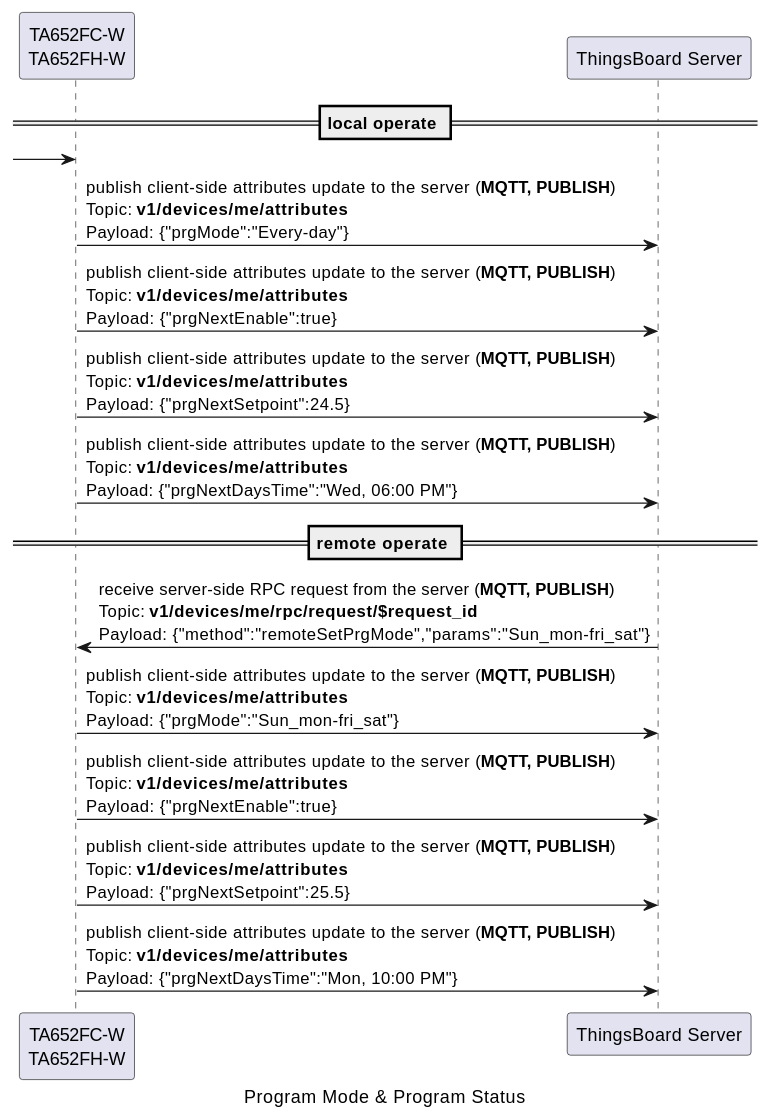
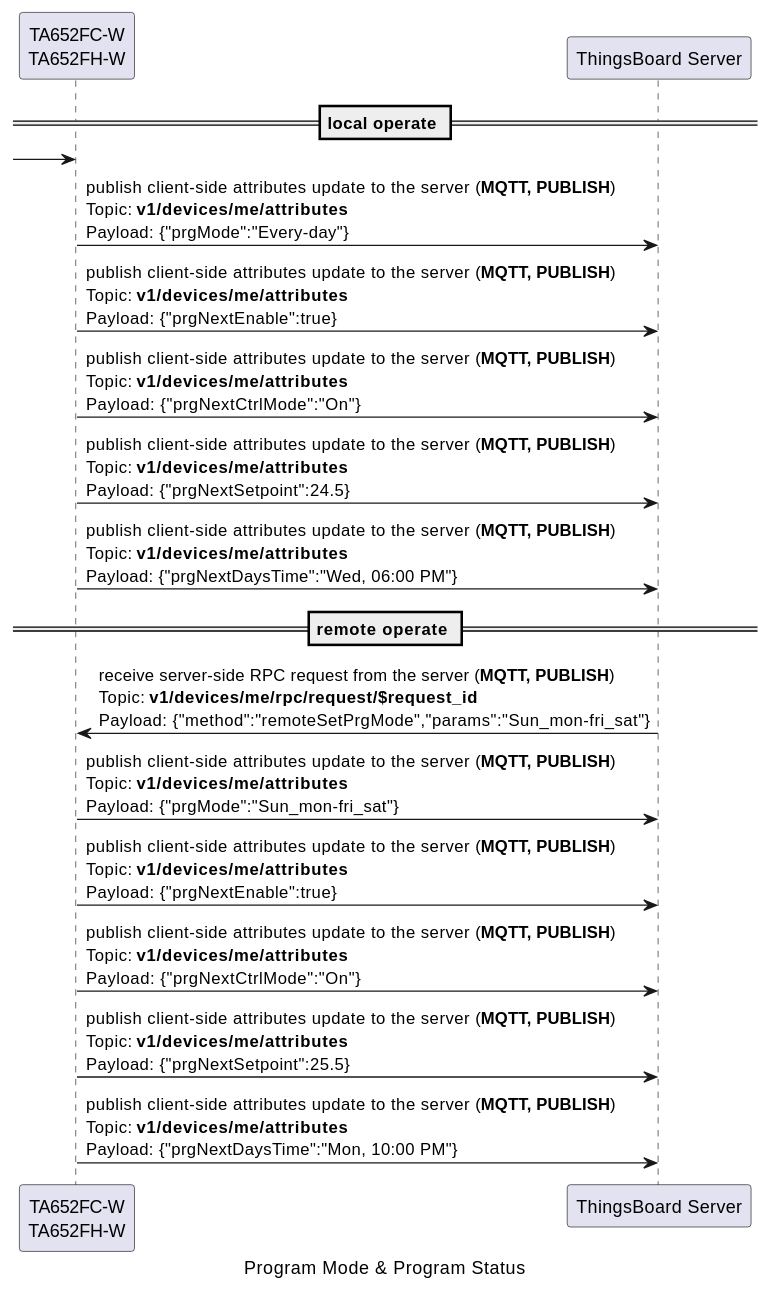
Before and after one commit to avantec-iot/avantec-thingsboard: the seventh of 17 diagrams in docs/device/ta652fc-w/ta652fc-w-mqtt-api.rst, drawn with PlantUML. The commit also changed other lines of this file, not shown here.

```diff
--- a/docs/device/ta652fc-w/ta652fc-w-mqtt-api.rst
+++ b/docs/device/ta652fc-w/ta652fc-w-mqtt-api.rst
@@ -277,20 +277,22 @@
   .. uml::
 
     caption  Program Mode & Program Status
 
     participant "TA652FC-W\nTA652FH-W" as TBDev order 10
     participant "ThingsBoard Server"  as TBSrv order 20 
 
     == local operate ==
     [-> TBDev 
     TBDev  ->  TBSrv: publish client-side attributes update to the server (**MQTT, PUBLISH**) \nTopic: **v1/devices/me/attributes** \nPayload: {"prgMode":"Every-day"}
     TBDev  ->  TBSrv: publish client-side attributes update to the server (**MQTT, PUBLISH**) \nTopic: **v1/devices/me/attributes** \nPayload: {"prgNextEnable":true}
+    TBDev  ->  TBSrv: publish client-side attributes update to the server (**MQTT, PUBLISH**) \nTopic: **v1/devices/me/attributes** \nPayload: {"prgNextCtrlMode":"On"}
     TBDev  ->  TBSrv: publish client-side attributes update to the server (**MQTT, PUBLISH**) \nTopic: **v1/devices/me/attributes** \nPayload: {"prgNextSetpoint":24.5}
     TBDev  ->  TBSrv: publish client-side attributes update to the server (**MQTT, PUBLISH**) \nTopic: **v1/devices/me/attributes** \nPayload: {"prgNextDaysTime":"Wed, 06:00 PM"}
 
     == remote operate ==
     TBDev  <-  TBSrv: receive server-side RPC request from the server (**MQTT, PUBLISH**) \nTopic: **v1/devices/me/rpc/request/$request_id** \nPayload: {"method":"remoteSetPrgMode","params":"Sun_mon-fri_sat"}
     TBDev  ->  TBSrv: publish client-side attributes update to the server (**MQTT, PUBLISH**) \nTopic: **v1/devices/me/attributes** \nPayload: {"prgMode":"Sun_mon-fri_sat"}
     TBDev  ->  TBSrv: publish client-side attributes update to the server (**MQTT, PUBLISH**) \nTopic: **v1/devices/me/attributes** \nPayload: {"prgNextEnable":true}
+    TBDev  ->  TBSrv: publish client-side attributes update to the server (**MQTT, PUBLISH**) \nTopic: **v1/devices/me/attributes** \nPayload: {"prgNextCtrlMode":"On"}
     TBDev  ->  TBSrv: publish client-side attributes update to the server (**MQTT, PUBLISH**) \nTopic: **v1/devices/me/attributes** \nPayload: {"prgNextSetpoint":25.5}
     TBDev  ->  TBSrv: publish client-side attributes update to the server (**MQTT, PUBLISH**) \nTopic: **v1/devices/me/attributes** \nPayload: {"prgNextDaysTime":"Mon, 10:00 PM"}
```
